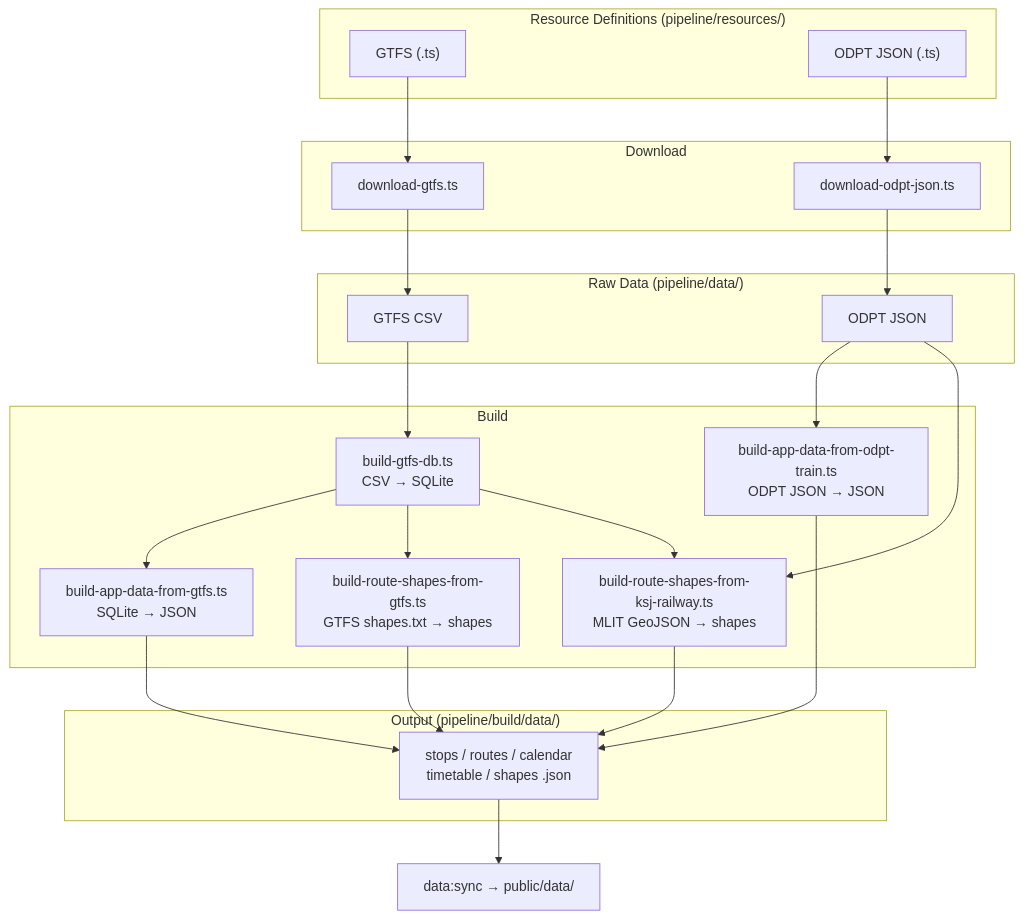
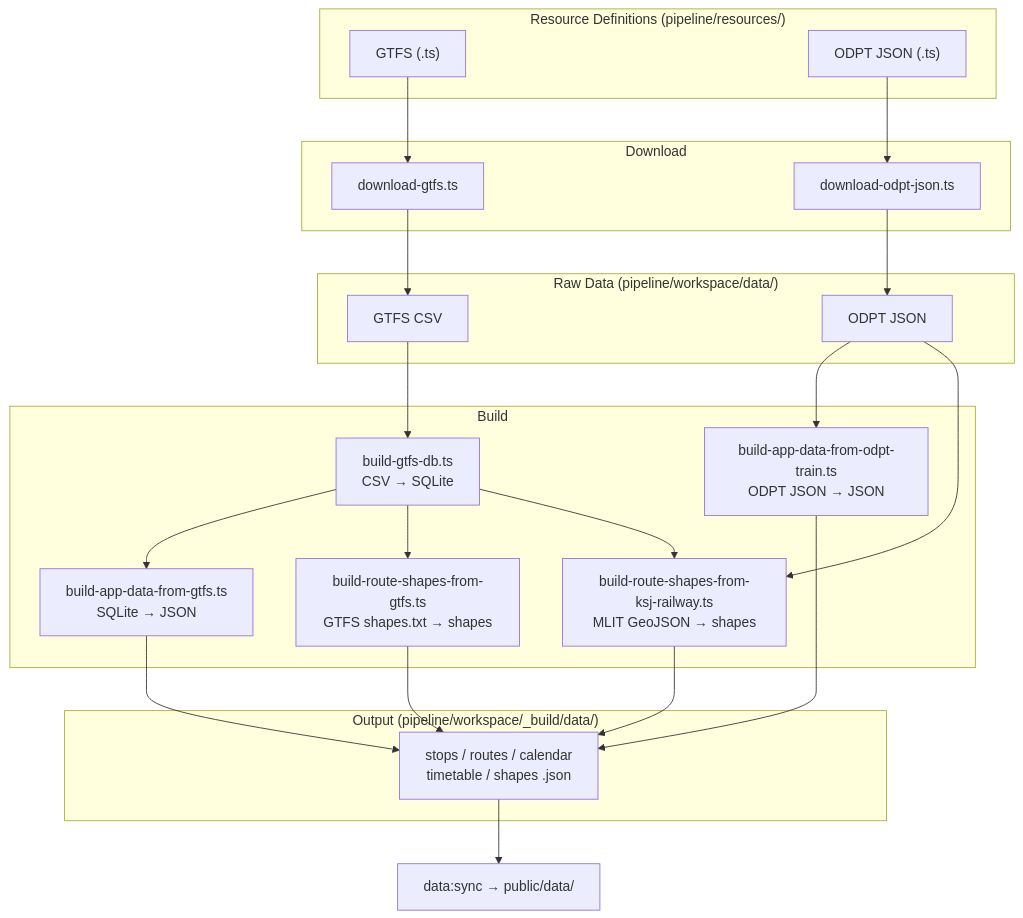
One commit to F88/athenai-transit changed the diagram in pipeline/README.md. Above: the diagram before and after it, drawn with Mermaid. The commit also changed other lines of this file and 21 other files, not shown here.

````diff
--- a/pipeline/README.md
+++ b/pipeline/README.md
@@ -61,35 +61,35 @@
 ```mermaid
 flowchart TD
     subgraph src["Resource Definitions (pipeline/resources/)"]
         GR["GTFS (.ts)"]
         OR["ODPT JSON (.ts)"]
     end
 
     subgraph dl["Download"]
         GR --> DG["download-gtfs.ts"]
         OR --> DO["download-odpt-json.ts"]
     end
 
-    subgraph raw["Raw Data (pipeline/data/)"]
+    subgraph raw["Raw Data (pipeline/workspace/data/)"]
         DG --> CSV["GTFS CSV"]
         DO --> OJSON["ODPT JSON"]
     end
 
     subgraph build["Build"]
         CSV --> DB["build-gtfs-db.ts<br/>CSV → SQLite"]
         DB --> BJ["build-app-data-from-gtfs.ts<br/>SQLite → JSON"]
         OJSON --> BO["build-app-data-from-odpt-train.ts<br/>ODPT JSON → JSON"]
         DB --> BGS["build-route-shapes-from-gtfs.ts<br/>GTFS shapes.txt → shapes"]
         DB --> BKS["build-route-shapes-from-ksj-railway.ts<br/>MLIT GeoJSON → shapes"]
         OJSON --> BKS
     end
 
-    subgraph out["Output (pipeline/build/data/)"]
+    subgraph out["Output (pipeline/workspace/_build/data/)"]
         BJ --> JSON["stops / routes / calendar<br/>timetable / shapes .json"]
         BO --> JSON
         BGS --> JSON
         BKS --> JSON
     end
 
     JSON --> SYNC["data:sync → public/data/"]
 ```
````
